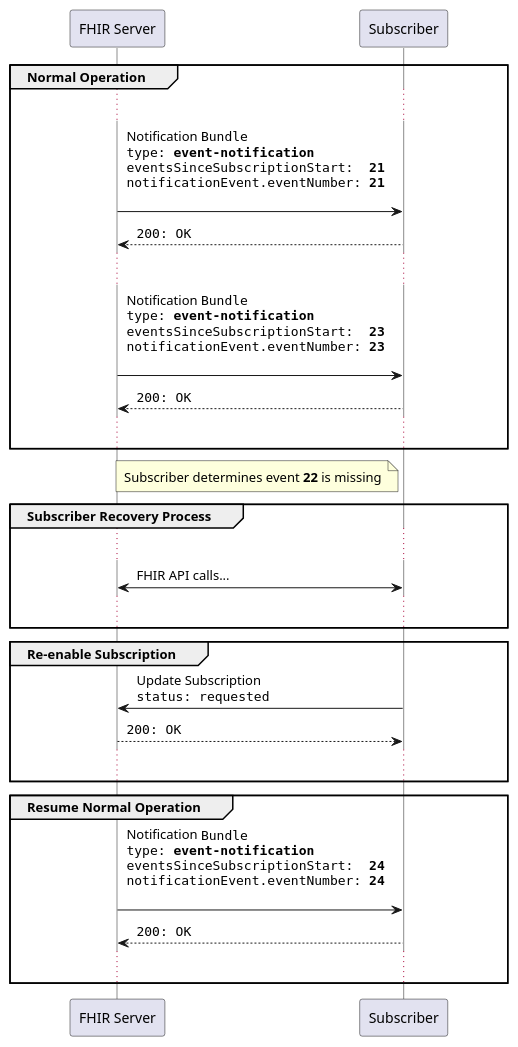
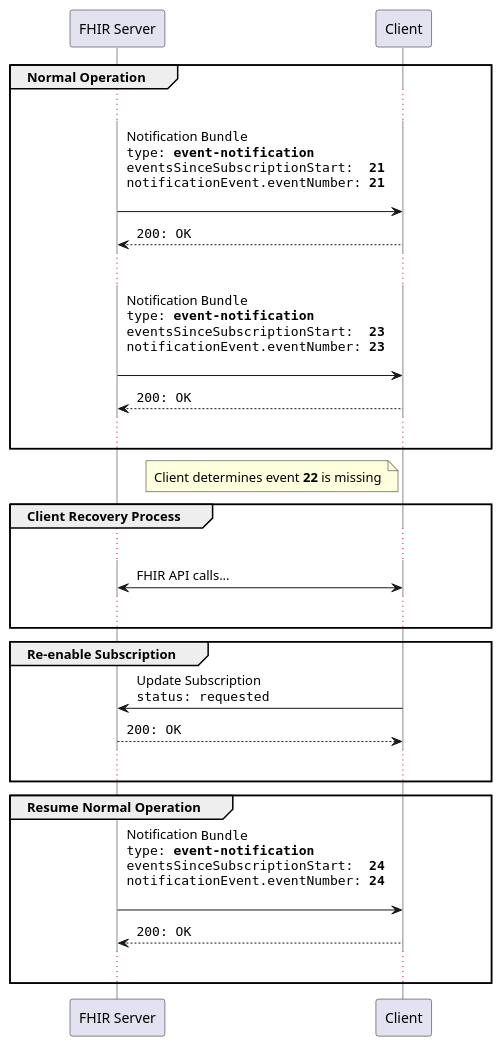
One commit to HL7/fhir-subscription-backport-ig changed the diagram in input/images-source/error-missing-event.plantuml. Above: the diagram before and after it, drawn with PlantUML. The commit also changed 3 other files, not shown here.

Commit message:
FHIR-43920 - Updated the Handling Errors page to reference 'Client' instead of 'Subscriber' in narrative and diagrams

```diff
--- a/input/images-source/error-missing-event.plantuml
+++ b/input/images-source/error-missing-event.plantuml
@@ -1,41 +1,41 @@
 @startuml
 skinparam NoteTextAlignment left
 skinparam Padding 2
 skinparam ParticipantPadding 50
 skinparam LifelineStrategy solid
 
 participant "FHIR Server" as S
-participant Subscriber    as C
+participant Client    as C
 
 group Normal Operation
   ...
   S -> C: Notification ""Bundle""\n""type: **event-notification**""\n""eventsSinceSubscriptionStart:  **21**""\n""notificationEvent.eventNumber: **21**""\n
   return ""200: OK""
   ...
   S -> C: Notification ""Bundle""\n""type: **event-notification**""\n""eventsSinceSubscriptionStart:  **23**""\n""notificationEvent.eventNumber: **23**""\n
   return ""200: OK""
   ...
 end
 
 note left of C
-  Subscriber determines event **22** is missing
+  Client determines event **22** is missing
 end note
 
-group Subscriber Recovery Process
+group Client Recovery Process
   ...
   C <-> S: FHIR API calls...
   ...
 end
 
 group Re-enable Subscription
   C -> S:Update Subscription\n""status: requested""
   return ""200: OK""
   ...
 end
 
 group Resume Normal Operation
   S -> C: Notification ""Bundle""\n""type: **event-notification**""\n""eventsSinceSubscriptionStart:  **24**""\n""notificationEvent.eventNumber: **24**""\n
   return ""200: OK""
   ...
 end
 @enduml
```
